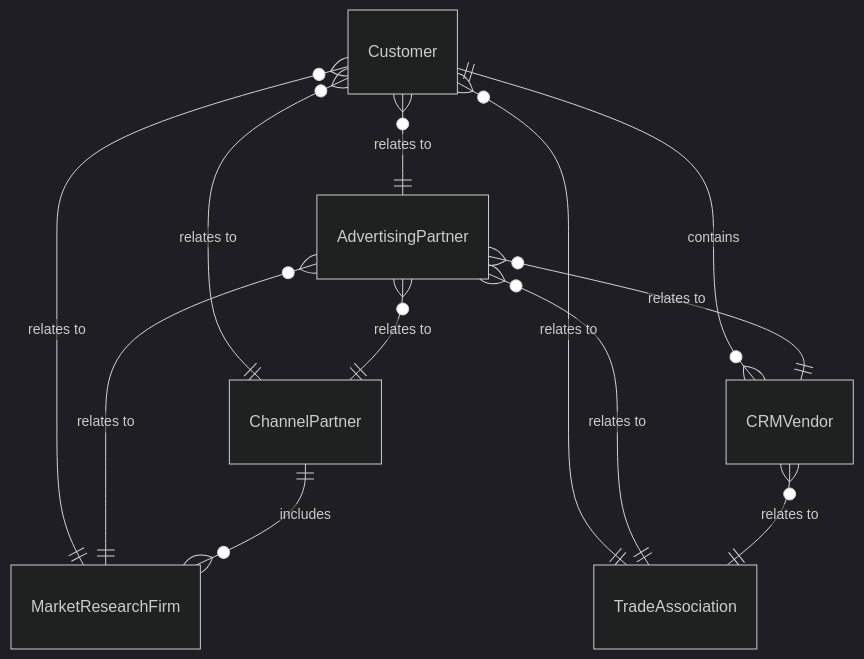
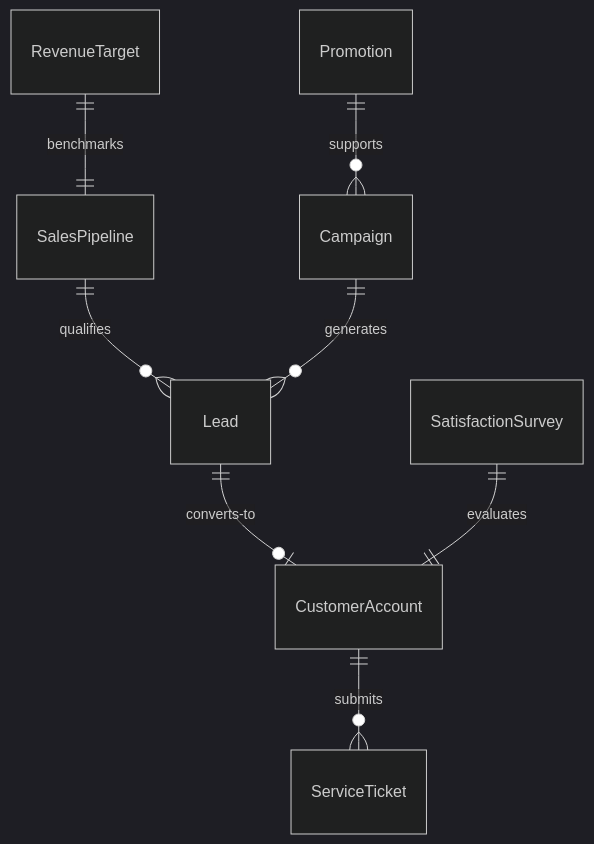
The first of 4 diagrams in GuidingDirectingAndMotivatingSubordinates/DirectOrganizationalOperationsActivitiesOrProcedures/DirectSalesMarketingCustomerService.mdx (dot-org-ai/tasks.org.ai), drawn with Mermaid (dark theme) before and after one commit. The commit also changed other lines of this file and 515 other files, not shown here.

````diff
--- a/GuidingDirectingAndMotivatingSubordinates/DirectOrganizationalOperationsActivitiesOrProcedures/DirectSalesMarketingCustomerService.mdx
+++ b/GuidingDirectingAndMotivatingSubordinates/DirectOrganizationalOperationsActivitiesOrProcedures/DirectSalesMarketingCustomerService.mdx
@@ -95,14 +95,10 @@
 ```mermaid
 erDiagram
-    Customer }o--|| AdvertisingPartner : "relates to"
-    Customer }o--|| ChannelPartner : "relates to"
-    Customer }o--|| MarketResearchFirm : "relates to"
-    Customer ||--o{ CRMVendor : contains
-    Customer }o--|| TradeAssociation : "relates to"
-    AdvertisingPartner }o--|| ChannelPartner : "relates to"
-    AdvertisingPartner }o--|| MarketResearchFirm : "relates to"
-    AdvertisingPartner }o--|| CRMVendor : "relates to"
-    AdvertisingPartner }o--|| TradeAssociation : "relates to"
-    ChannelPartner ||--o{ MarketResearchFirm : includes
-    CRMVendor }o--|| TradeAssociation : "relates to"
+    SalesPipeline ||--o{ Lead : "qualifies"
+    Campaign ||--o{ Lead : "generates"
+    Lead ||--o| CustomerAccount : "converts-to"
+    CustomerAccount ||--o{ ServiceTicket : "submits"
+    RevenueTarget ||--|| SalesPipeline : "benchmarks"
+    Promotion ||--o{ Campaign : "supports"
+    SatisfactionSurvey ||--|| CustomerAccount : "evaluates"
 ```
````
